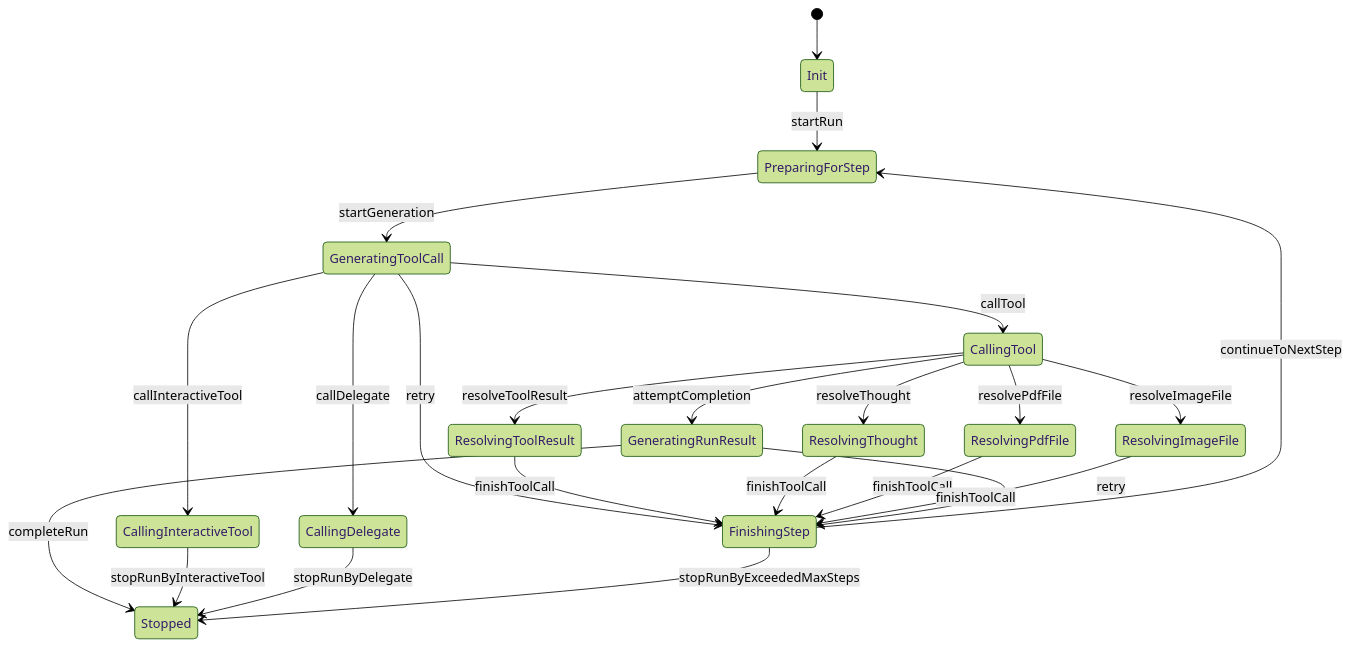
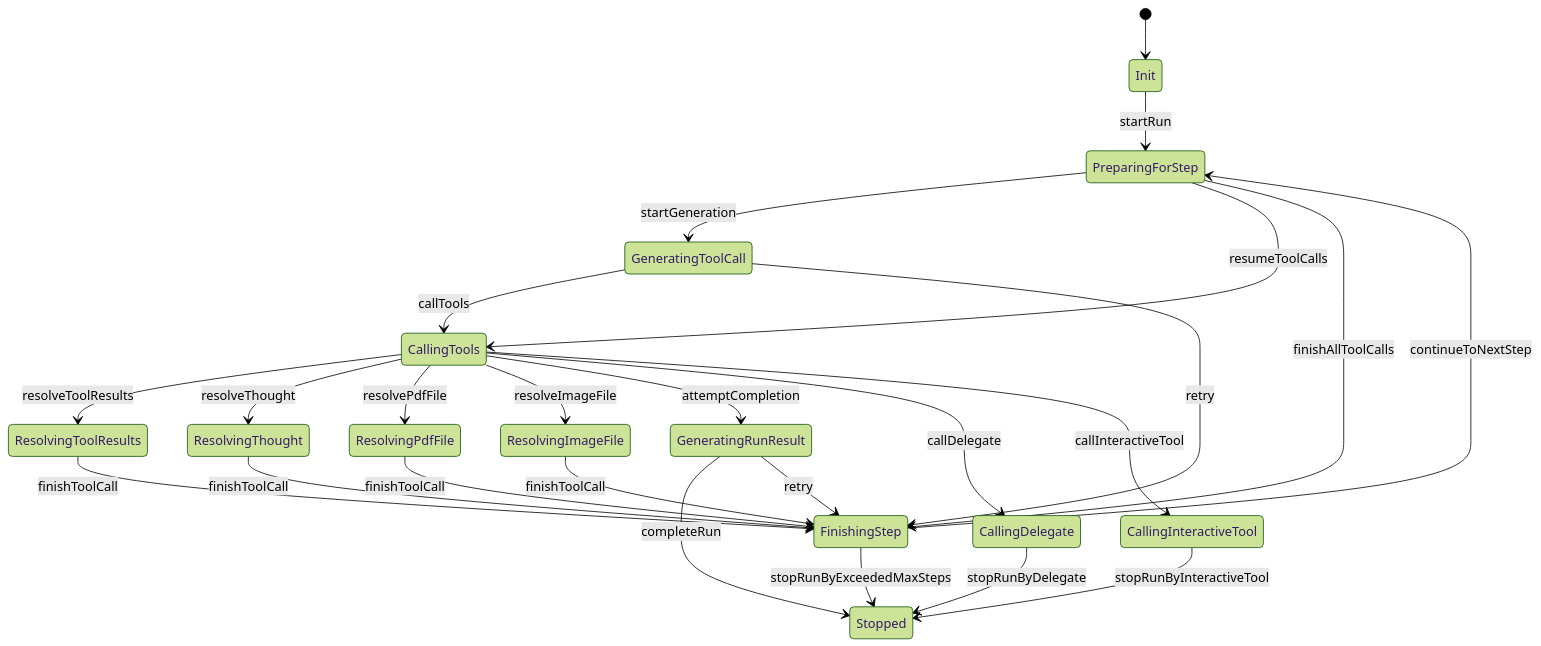
The third of 3 diagrams in packages/runtime/README.md (perstack-ai/perstack), drawn with Mermaid (forest theme) before and after one commit. The commit also changed other lines of this file and 61 other files, not shown here.

First line of the commit message:
Add: Parallel tool call support (#62)

````diff
--- a/packages/runtime/README.md
+++ b/packages/runtime/README.md
@@ -183,31 +183,33 @@
 ```mermaid
 stateDiagram-v2
     [*] --> Init
     Init --> PreparingForStep: startRun
     PreparingForStep --> GeneratingToolCall: startGeneration
+    PreparingForStep --> CallingTools: resumeToolCalls
+    PreparingForStep --> FinishingStep: finishAllToolCalls
     
-    GeneratingToolCall --> CallingTool: callTool
-    GeneratingToolCall --> CallingInteractiveTool: callInteractiveTool
-    GeneratingToolCall --> CallingDelegate: callDelegate
+    GeneratingToolCall --> CallingTools: callTools
     GeneratingToolCall --> FinishingStep: retry
 
-    CallingTool --> ResolvingToolResult: resolveToolResult
-    CallingTool --> ResolvingThought: resolveThought
-    CallingTool --> ResolvingPdfFile: resolvePdfFile
-    CallingTool --> ResolvingImageFile: resolveImageFile
-    CallingTool --> GeneratingRunResult: attemptCompletion
+    CallingTools --> ResolvingToolResults: resolveToolResults
+    CallingTools --> ResolvingThought: resolveThought
+    CallingTools --> ResolvingPdfFile: resolvePdfFile
+    CallingTools --> ResolvingImageFile: resolveImageFile
+    CallingTools --> GeneratingRunResult: attemptCompletion
+    CallingTools --> CallingDelegate: callDelegate
+    CallingTools --> CallingInteractiveTool: callInteractiveTool
 
-    ResolvingToolResult --> FinishingStep: finishToolCall
+    ResolvingToolResults --> FinishingStep: finishToolCall
     ResolvingThought --> FinishingStep: finishToolCall
     ResolvingPdfFile --> FinishingStep: finishToolCall
     ResolvingImageFile --> FinishingStep: finishToolCall
 
     GeneratingRunResult --> Stopped: completeRun
     GeneratingRunResult --> FinishingStep: retry
 
     CallingInteractiveTool --> Stopped: stopRunByInteractiveTool
     CallingDelegate --> Stopped: stopRunByDelegate
     
     FinishingStep --> PreparingForStep: continueToNextStep
     FinishingStep --> Stopped: stopRunByExceededMaxSteps
 ```
````
